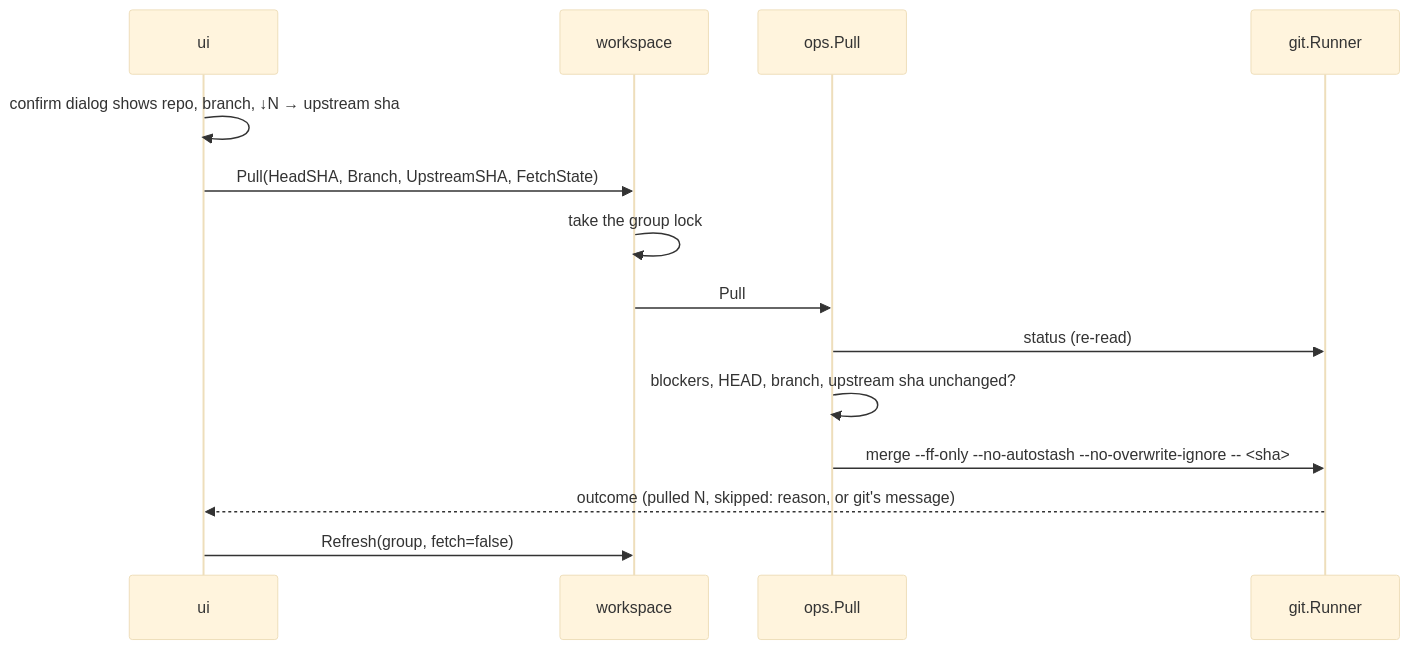
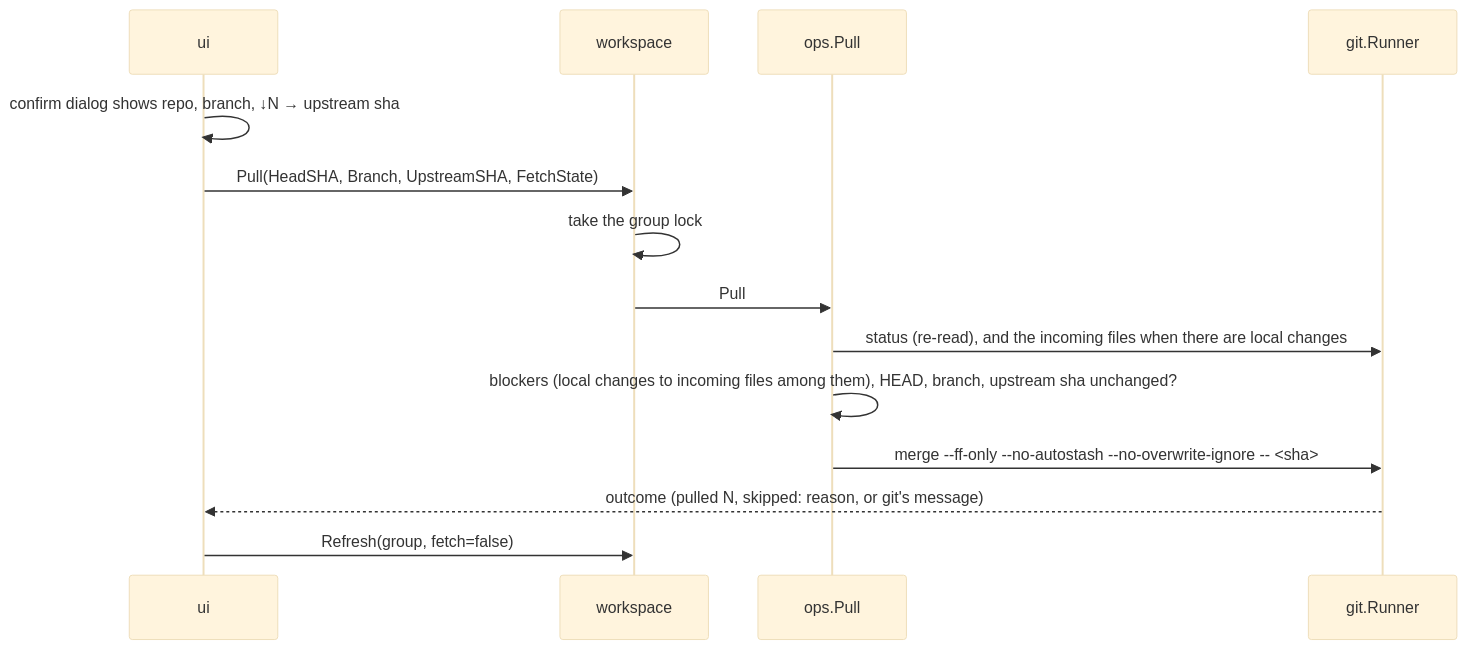
The second of 2 diagrams in docs/architecture/README.md (epicentre/gitdrift), drawn with Mermaid (base theme) before and after one commit. The commit also changed other lines of this file and 18 other files, not shown here.

````diff
--- a/docs/architecture/README.md
+++ b/docs/architecture/README.md
@@ -83,16 +83,16 @@
 ```mermaid
 sequenceDiagram
     participant UI as ui
     participant WS as workspace
     participant Ops as ops.Pull
     participant Git as git.Runner
     UI->>UI: confirm dialog shows repo, branch, ↓N → upstream sha
     UI->>WS: Pull(HeadSHA, Branch, UpstreamSHA, FetchState)
     WS->>WS: take the group lock
     WS->>Ops: Pull
-    Ops->>Git: status (re-read)
-    Ops->>Ops: blockers, HEAD, branch, upstream sha unchanged?
+    Ops->>Git: status (re-read), and the incoming files when there are local changes
+    Ops->>Ops: blockers (local changes to incoming files among them), HEAD, branch, upstream sha unchanged?
     Ops->>Git: merge --ff-only --no-autostash --no-overwrite-ignore -- <sha>
     Git-->>UI: outcome (pulled N, skipped: reason, or git's message)
     UI->>WS: Refresh(group, fetch=false)
 ```
````
